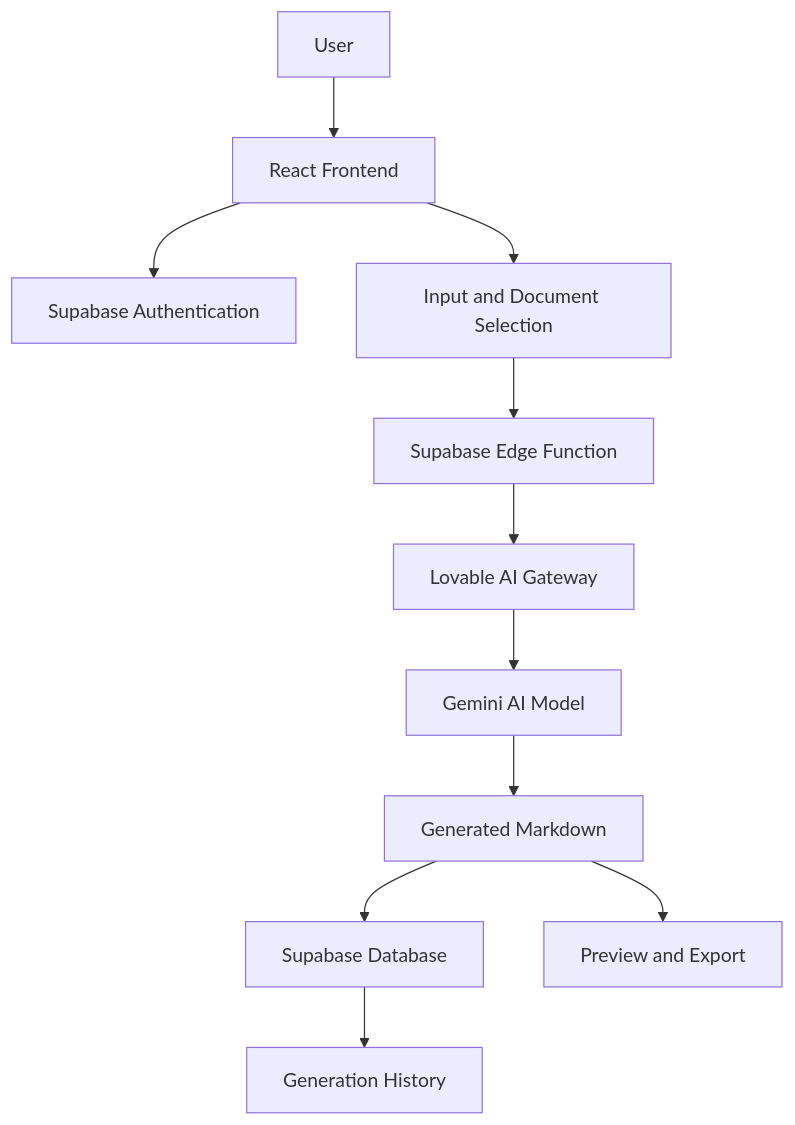
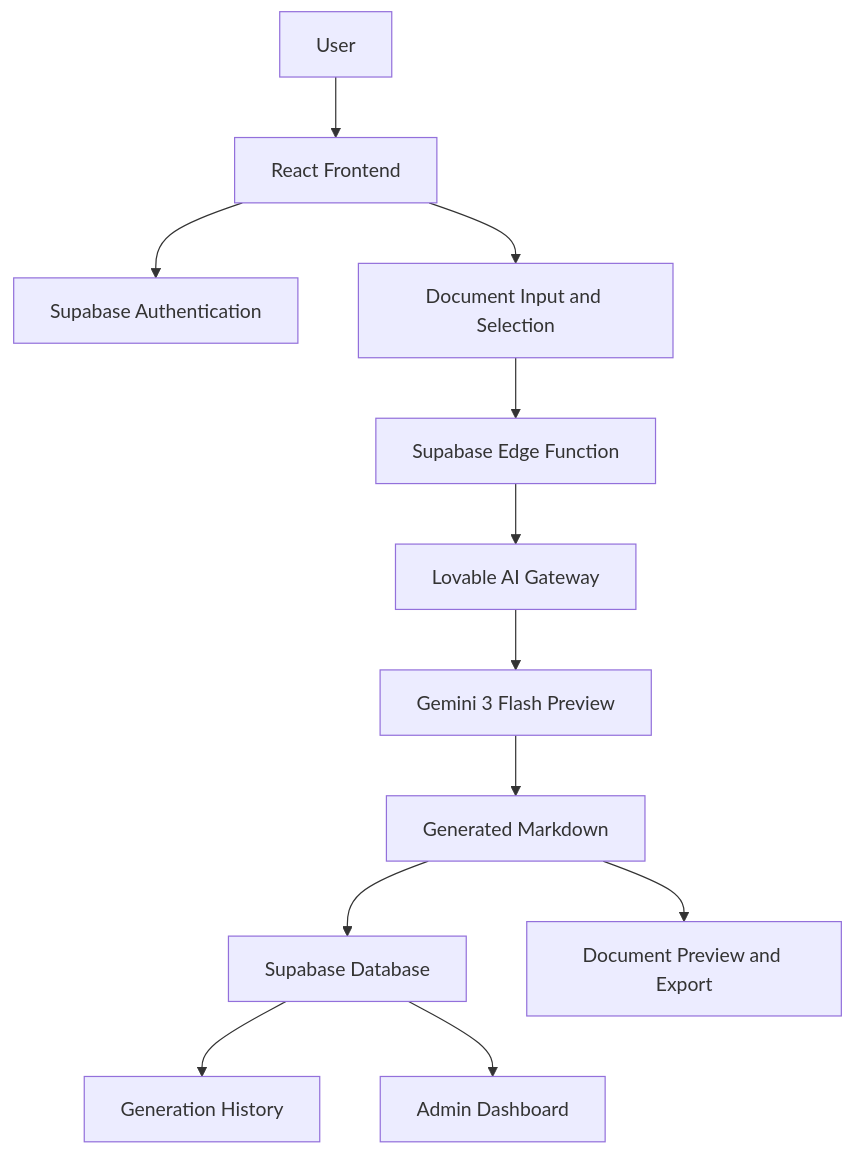
The diagram in README.md (Muneeb-PT/AutoDoc-AI), drawn with Mermaid before and after one commit. The commit also changed other lines of this file, not shown here.

````diff
--- a/README.md
+++ b/README.md
@@ -122,13 +160,20 @@
 ```mermaid
 flowchart TD
     A[User] --> B[React Frontend]
+
     B --> C[Supabase Authentication]
-    B --> D[Input and Document Selection]
+    B --> D[Document Input and Selection]
+
     D --> E[Supabase Edge Function]
+
     E --> F[Lovable AI Gateway]
-    F --> G[Gemini AI Model]
+    F --> G[Gemini 3 Flash Preview]
+
     G --> H[Generated Markdown]
+
     H --> I[Supabase Database]
-    H --> J[Preview and Export]
+    H --> J[Document Preview and Export]
+
     I --> K[Generation History]
+    I --> L[Admin Dashboard]
 ```
````
